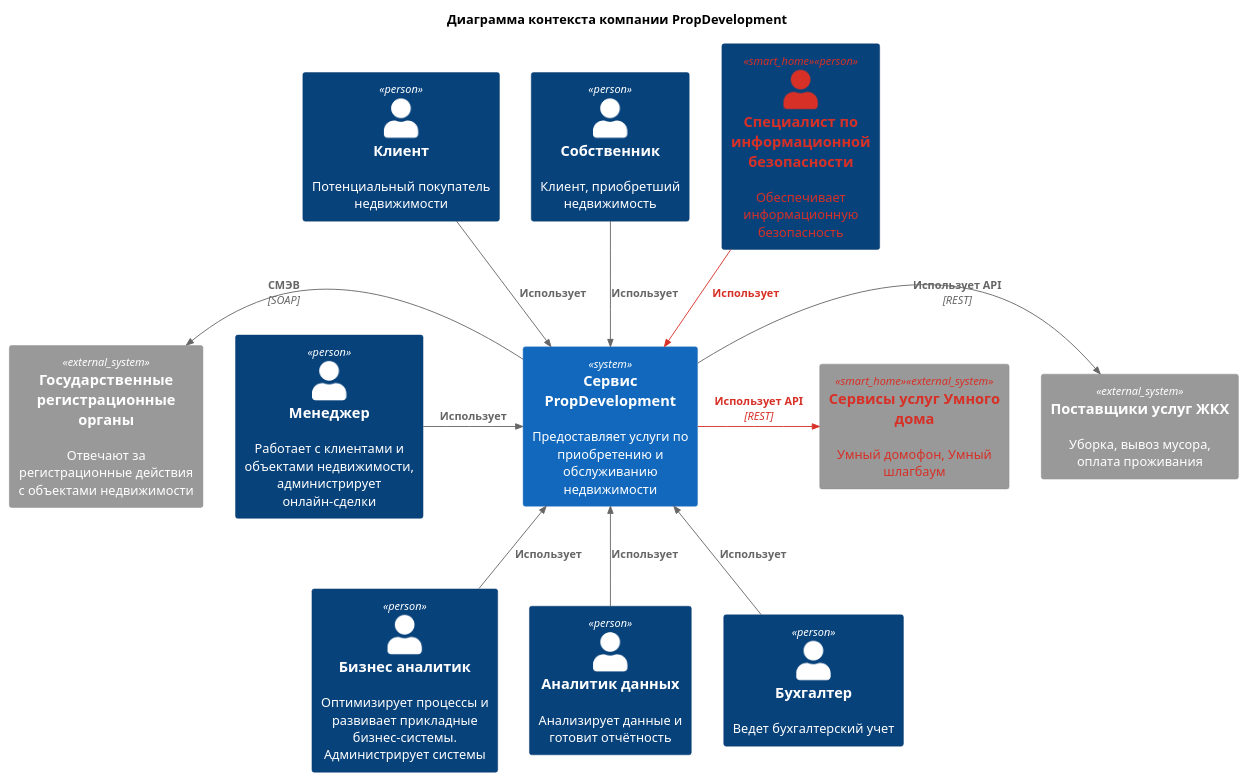
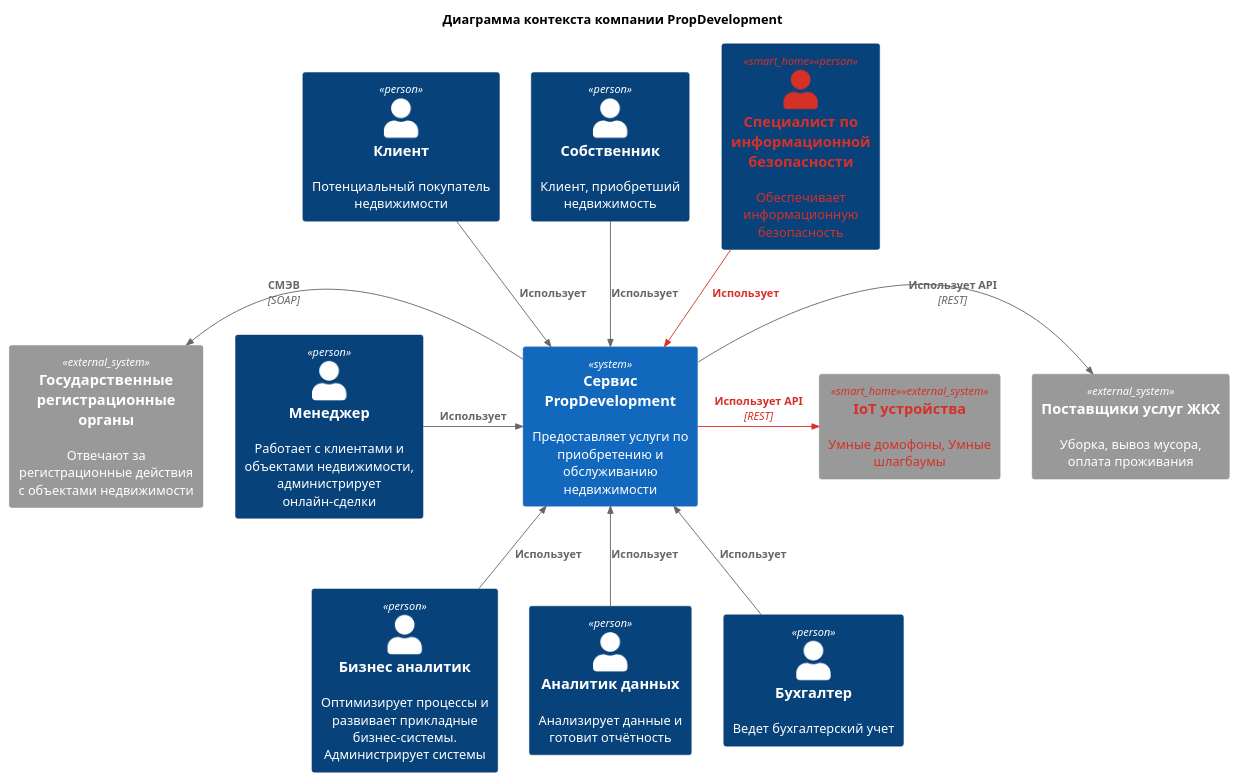
One commit to aleksey-bardanov/architecture-propdevelopment changed the diagram in Task3/ContextC4.puml. Above: the diagram before and after it, drawn with PlantUML. The commit also changed 1 other file, not shown here.

Commit message:
sprint7: Поправил диаграмму контекста из Task3

```diff
--- a/Task3/ContextC4.puml
+++ b/Task3/ContextC4.puml
@@ -1,33 +1,33 @@
 @startuml
 !include https://raw.githubusercontent.com/plantuml-stdlib/C4-PlantUML/master/C4_Context.puml
 
 AddElementTag("smart_home", $fontColor="#d73027")
 AddRelTag("smart_home", $textColor="#d73027", $lineColor="#d73027")
 
 title Диаграмма контекста компании PropDevelopment
 
 Person(customer, "Клиент", "Потенциальный покупатель недвижимости")
 Person(owner, "Собственник", "Клиент, приобретший недвижимость")
 Person(manager, "Менеджер", "Работает с клиентами и объектами недвижимости, администрирует онлайн-сделки")
 Person(business_analyst, "Бизнес аналитик", "Оптимизирует процессы и развивает прикладные бизнес-системы. Администрирует системы")
 Person(data_analyst, "Аналитик данных", "Анализирует данные и готовит отчётность")
 Person(accounter, "Бухгалтер", "Ведет бухгалтерский учет")
 Person(cybersecurity_spec, "Специалист по информационной безопасности", "Обеспечивает информационную безопасность", $tags="smart_home")
 
 System(prop_development, "Сервис PropDevelopment", "Предоставляет услуги по приобретению и обслуживанию недвижимости")
 
 System_Ext(government_registry, "Государственные регистрационные органы", "Отвечают за регистрационные действия с объектами недвижимости")
 System_Ext(tenant_services, "Поставщики услуг ЖКХ", "Уборка, вывоз мусора, оплата проживания")
-System_Ext(smart_home, "Сервисы услуг Умного дома", "Умный домофон, Умный шлагбаум", $tags="smart_home")
+System_Ext(smart_home, "IoT устройства", "Умные домофоны, Умные шлагбаумы", $tags="smart_home")
 
 Rel_D(customer, prop_development, "Использует")
 Rel_D(owner, prop_development, "Использует")
 Rel_L(prop_development, government_registry, "СМЭВ", "SOAP")
 Rel_R(manager, prop_development, "Использует")
 Rel_U(business_analyst, prop_development, "Использует")
 Rel_U(accounter, prop_development, "Использует")
 Rel_U(data_analyst, prop_development, "Использует")
 Rel_R(prop_development, tenant_services, "Использует API", "REST")
 Rel_R(prop_development, smart_home, "Использует API", "REST", $tags="smart_home")
 Rel(cybersecurity_spec, prop_development, "Использует", $tags="smart_home")
 @enduml
```
